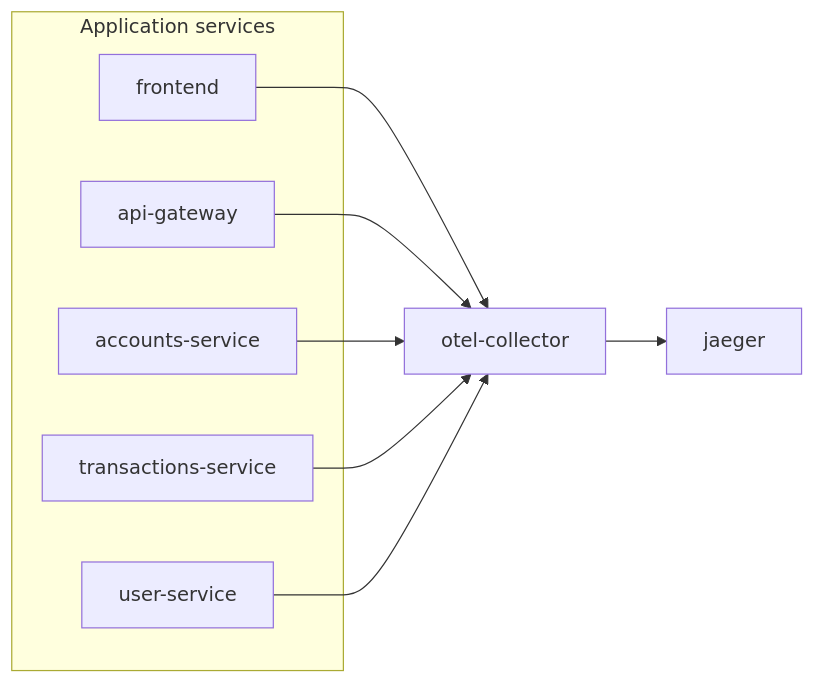
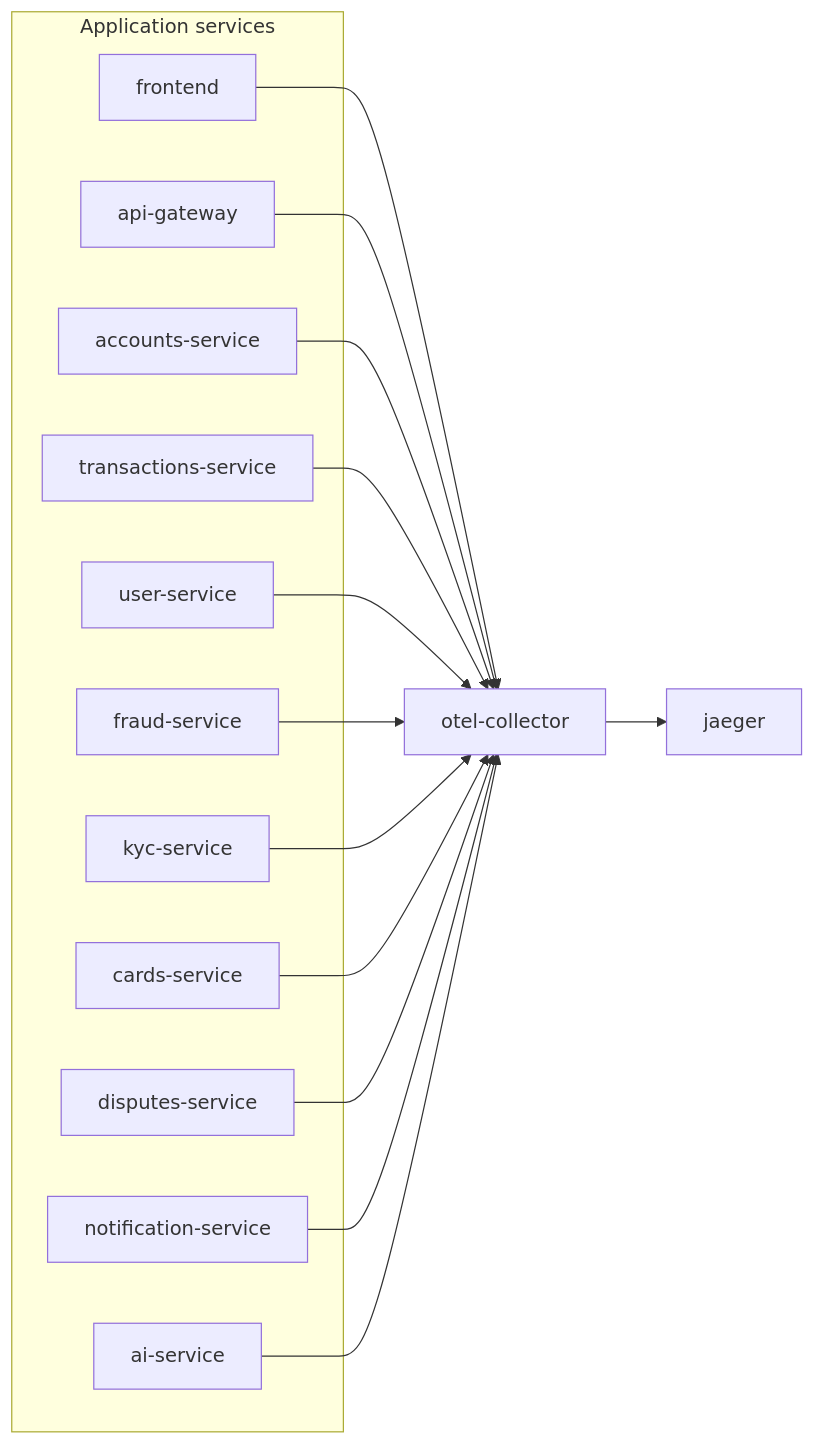
The first of 3 diagrams in OBSERVABILITY.md (dipjyotimetia/distributed-systems), drawn with Mermaid before and after one commit. The commit also changed other lines of this file and 17 other files, not shown here.

First line of the commit message:
Sync architecture docs and add Archify showcase diagrams.

````diff
--- a/OBSERVABILITY.md
+++ b/OBSERVABILITY.md
@@ -18,19 +18,31 @@
 ```mermaid
 flowchart LR
   subgraph clients["Application services"]
     frontend[frontend]
     gateway[api-gateway]
     accounts[accounts-service]
     transactions[transactions-service]
     users[user-service]
+    fraud[fraud-service]
+    kyc[kyc-service]
+    cards[cards-service]
+    disputes[disputes-service]
+    notif[notification-service]
+    ai[ai-service]
   end
   collector[otel-collector]
   jaeger[jaeger]
 
   frontend --> collector
   gateway --> collector
   accounts --> collector
   transactions --> collector
   users --> collector
+  fraud --> collector
+  kyc --> collector
+  cards --> collector
+  disputes --> collector
+  notif --> collector
+  ai --> collector
   collector --> jaeger
 ```
````
